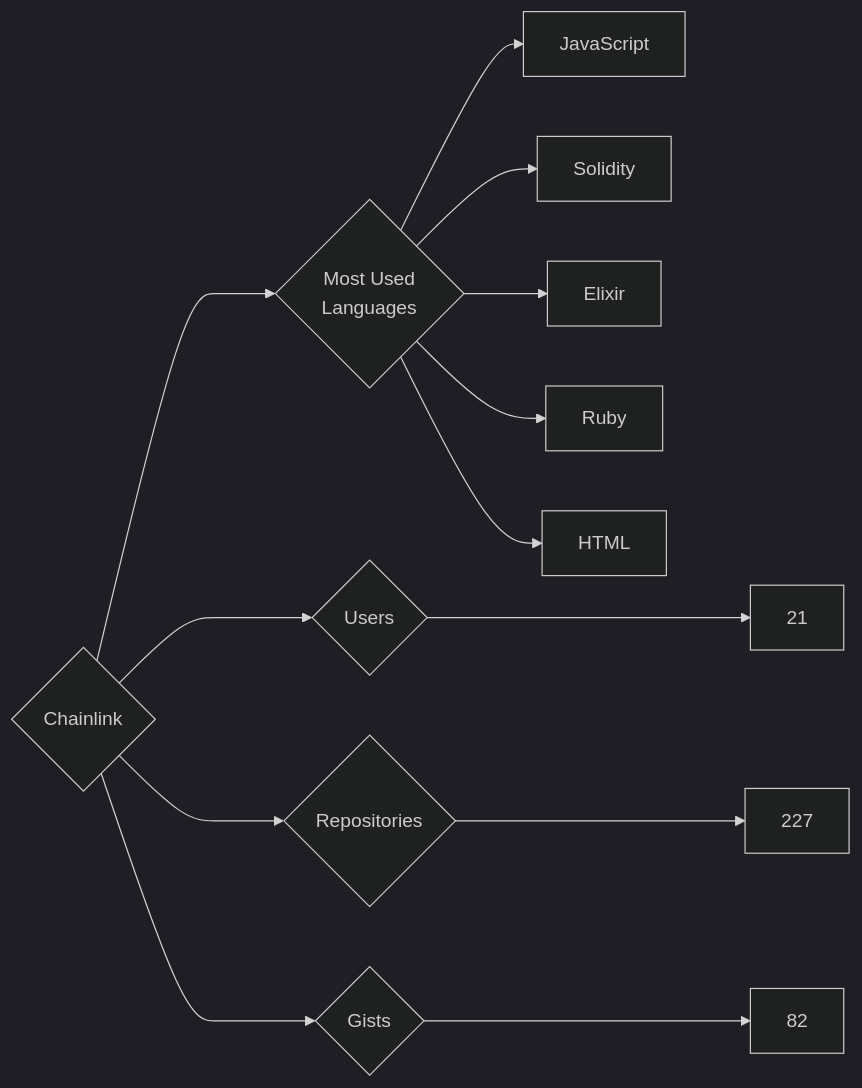
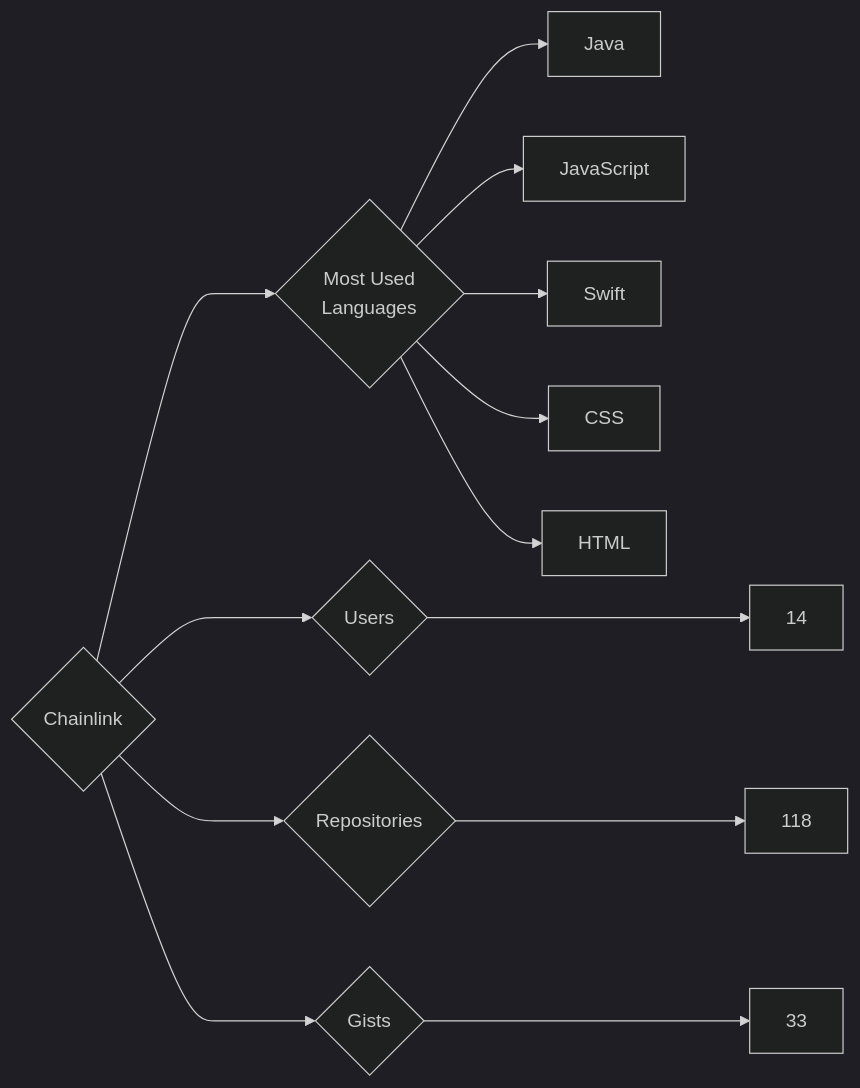
The diagram in targets/Chainlink/README.md (trickest/insiders), drawn with Mermaid (dark theme) before and after one commit. The commit also changed 837 other files, not shown here.

````diff
--- a/targets/Chainlink/README.md
+++ b/targets/Chainlink/README.md
@@ -3,13 +3,13 @@
 ```mermaid
 graph LR
 COMPANY_NAME{Chainlink}
-COMPANY_NAME ---> U{Users} ---> UN[21]
-COMPANY_NAME ---> R{Repositories} ---> RN[227]
-COMPANY_NAME ---> G{Gists} ---> GN[82]
+COMPANY_NAME ---> U{Users} ---> UN[14]
+COMPANY_NAME ---> R{Repositories} ---> RN[118]
+COMPANY_NAME ---> G{Gists} ---> GN[33]
 COMPANY_NAME ---> ML{Most Used<br>Languages}
+ML --> Java[Java]
 ML --> JavaScript[JavaScript]
-ML --> Solidity[Solidity]
-ML --> Elixir[Elixir]
-ML --> Ruby[Ruby]
+ML --> Swift[Swift]
+ML --> CSS[CSS]
 ML --> HTML[HTML]
 ```
````
